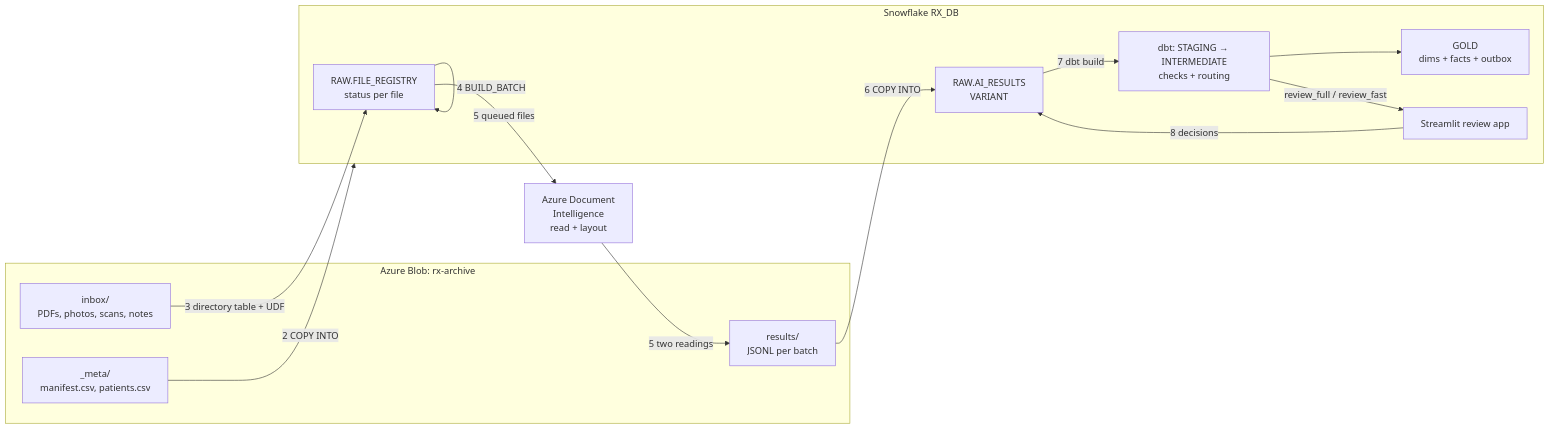
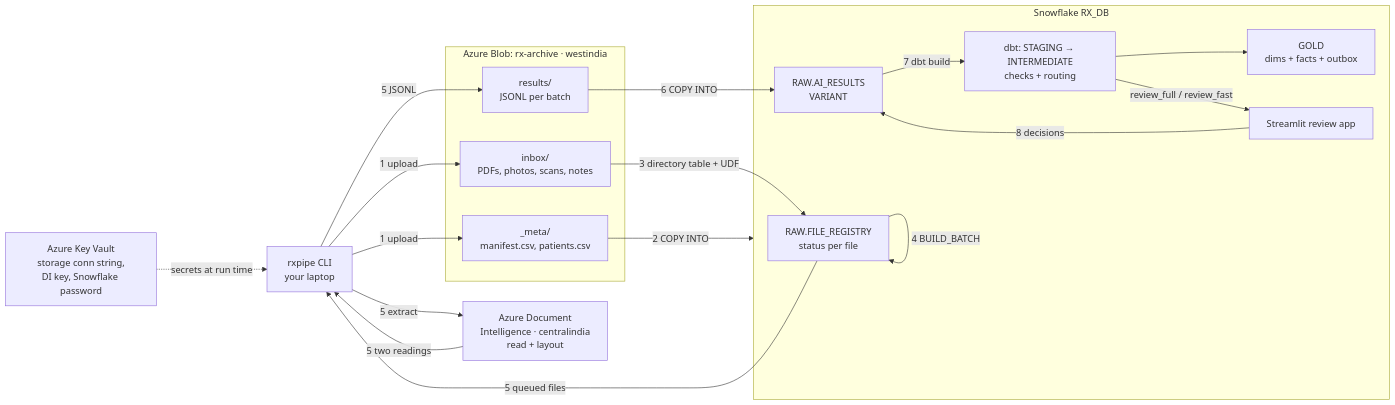
The diagram in README.md (vishal29bhp/rxbridge-snowflake-pipeline), drawn with Mermaid before and after one commit. The commit also changed other lines of this file and 1 other file, not shown here.

First line of the commit message:
Docs: Key Vault and Document Intelligence region in the flow diagram, PowerShell setup steps (#3)

````diff
--- a/README.md
+++ b/README.md
@@ -16,26 +16,33 @@
 ```mermaid
 flowchart LR
-    subgraph AZ[Azure Blob: rx-archive]
+    LAP[rxpipe CLI<br>your laptop]
+    KV[Azure Key Vault<br>storage conn string,<br>DI key, Snowflake password]
+    subgraph AZ[Azure Blob: rx-archive · westindia]
         IN[inbox/<br>PDFs, photos, scans, notes]
         META[_meta/<br>manifest.csv, patients.csv]
         RES[results/<br>JSONL per batch]
     end
     subgraph SF[Snowflake RX_DB]
         REG[RAW.FILE_REGISTRY<br>status per file]
         RAWT[RAW.AI_RESULTS<br>VARIANT]
         DBT[dbt: STAGING → INTERMEDIATE<br>checks + routing]
         GOLD[GOLD<br>dims + facts + outbox]
         APP[Streamlit review app]
     end
-    DI[Azure Document<br>Intelligence<br>read + layout]
+    DI[Azure Document<br>Intelligence · centralindia<br>read + layout]
 
+    KV -. secrets at run time .-> LAP
+    LAP -- 1 upload --> IN
+    LAP -- 1 upload --> META
     META -- 2 COPY INTO --> SF
     IN -- 3 directory table + UDF --> REG
     REG -- 4 BUILD_BATCH --> REG
-    REG -- 5 queued files --> DI
-    DI -- 5 two readings --> RES
+    REG -- 5 queued files --> LAP
+    LAP -- 5 extract --> DI
+    DI -- 5 two readings --> LAP
+    LAP -- 5 JSONL --> RES
     RES -- 6 COPY INTO --> RAWT
     RAWT -- 7 dbt build --> DBT --> GOLD
     DBT -- review_full / review_fast --> APP
     APP -- 8 decisions --> RAWT
 ```
````
